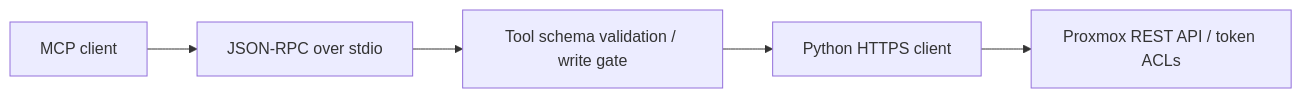
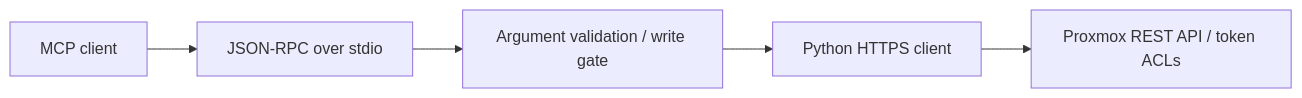
The diagram in README.md (noaht360/proxmox-mcp), drawn with Mermaid before and after one commit. The commit also changed other lines of this file and 4 other files, not shown here.

````diff
--- a/README.md
+++ b/README.md
@@ -53,7 +53,7 @@
 ```mermaid
 flowchart LR
     MCP[MCP client] --> RPC[JSON-RPC over stdio]
-    RPC --> Validation[Tool schema validation / write gate]
+    RPC --> Validation[Argument validation / write gate]
     Validation --> HTTP[Python HTTPS client]
     HTTP --> API[Proxmox REST API / token ACLs]
 ```
````
